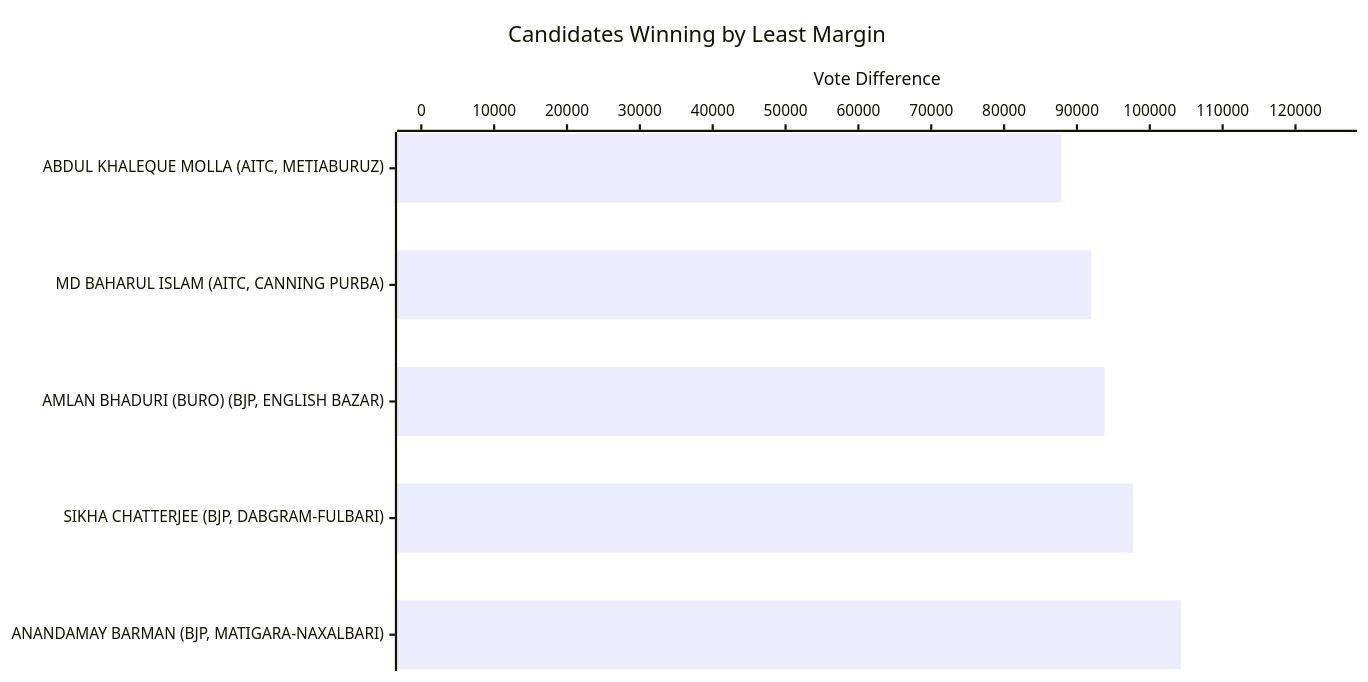
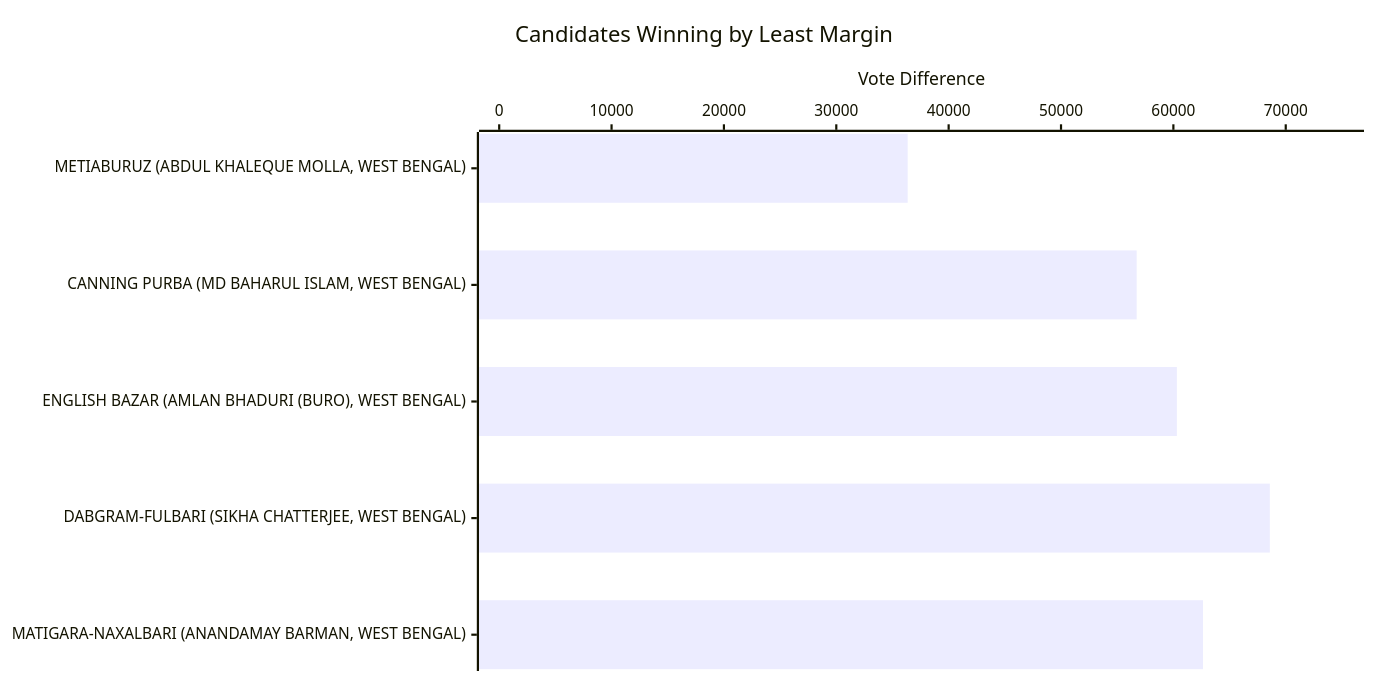
Before and after one commit to arjunswaj/elections: the sixth of 23 diagrams in result/WEST BENGAL/West Bengal-GRAPH.md, drawn with Mermaid. The commit also changed other lines of this file and 64 other files, not shown here.

````diff
--- a/result/WEST BENGAL/West Bengal-GRAPH.md
+++ b/result/WEST BENGAL/West Bengal-GRAPH.md
@@ -157,17 +158,17 @@
 ```mermaid
 ---
 config:
   xyChart:
     width: 1200
     height: 600
     chartOrientation: horizontal
   dataLabels:
     enabled: true
     placement: end
 ---
 xychart-beta
 title "Candidates Winning by Least Margin"
-x-axis ["ABDUL KHALEQUE MOLLA (AITC, METIABURUZ)", "MD BAHARUL ISLAM (AITC, CANNING PURBA)", "AMLAN BHADURI (BURO) (BJP, ENGLISH BAZAR)", "SIKHA CHATTERJEE (BJP, DABGRAM-FULBARI)", "ANANDAMAY BARMAN (BJP, MATIGARA-NAXALBARI)"]
-y-axis "Vote Difference" 0 --> 125118
-bar [87879, 91954, 93784, 97715, 104265]
+x-axis ["METIABURUZ (ABDUL KHALEQUE MOLLA, WEST BENGAL)", "CANNING PURBA (MD BAHARUL ISLAM, WEST BENGAL)", "ENGLISH BAZAR (AMLAN BHADURI (BURO), WEST BENGAL)", "DABGRAM-FULBARI (SIKHA CHATTERJEE, WEST BENGAL)", "MATIGARA-NAXALBARI (ANANDAMAY BARMAN, WEST BENGAL)"]
+y-axis "Vote Difference" 0 --> 75168
+bar [36351, 56733, 60312, 68585, 62640]
 ```
````
